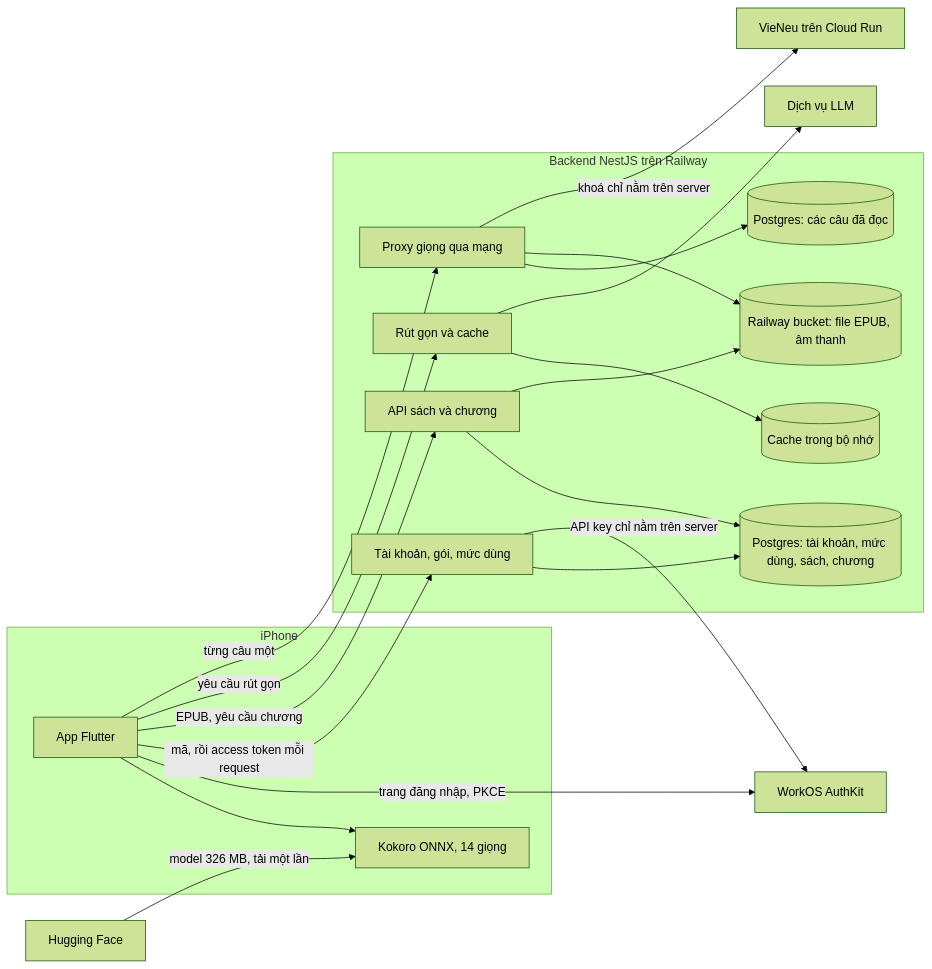
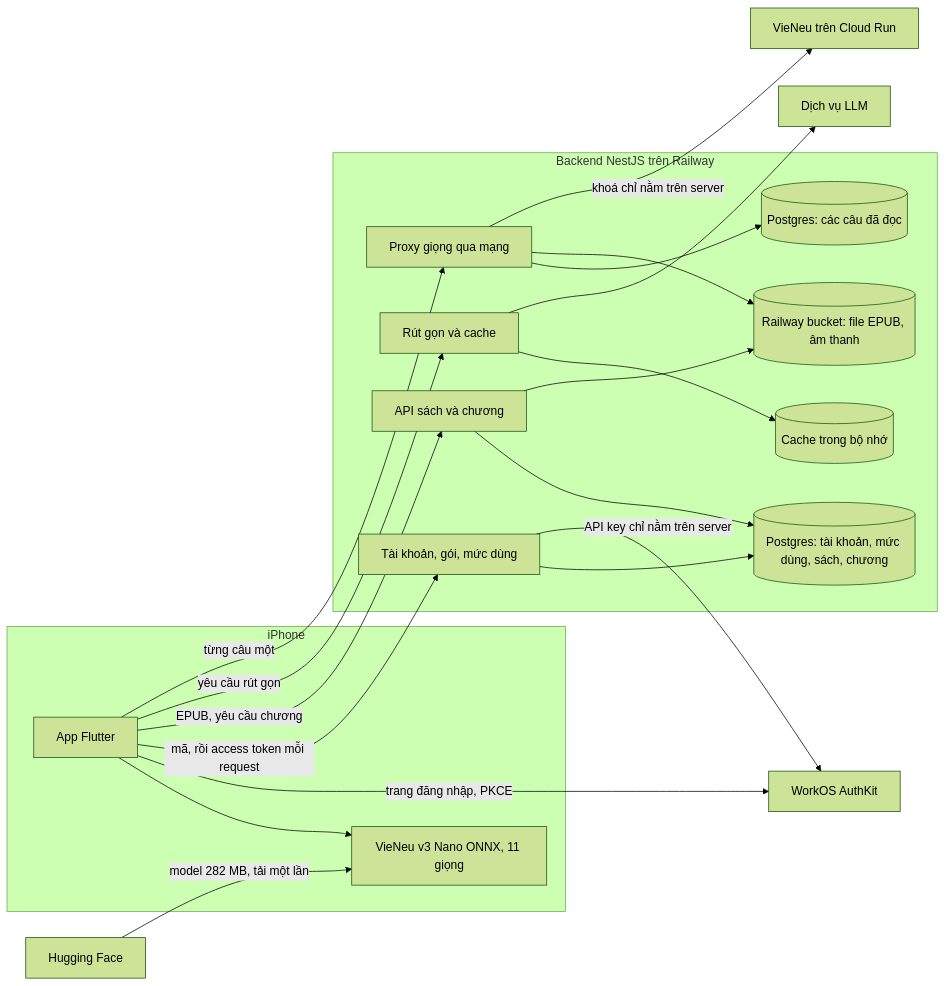
Before and after one commit to tinwritescode/ereader-ai: the second of 2 diagrams in README.vi.md, drawn with Mermaid (forest theme). The commit also changed other lines of this file and 42 other files, not shown here.

First line of the commit message:
Read offline with VieNeu v3 Nano in place of Kokoro

````diff
--- a/README.vi.md
+++ b/README.vi.md
@@ -71,40 +71,40 @@
 ```mermaid
 flowchart LR
     subgraph phone["iPhone"]
         ui["App Flutter"]
-        tts["Kokoro ONNX, 14 giọng"]
+        tts["VieNeu v3 Nano ONNX, 11 giọng"]
         ui --> tts
     end
 
     subgraph server["Backend NestJS trên Railway"]
         api["API sách và chương"]
         digest["Rút gọn và cache"]
         speech["Proxy giọng qua mạng"]
         accounts["Tài khoản, gói, mức dùng"]
         memory[("Cache trong bộ nhớ")]
         db[("Postgres: tài khoản, mức dùng, sách, chương")]
         digest --> memory
         api --> db
         accounts --> db
         clips[("Postgres: các câu đã đọc")]
         bucket[("Railway bucket: file EPUB, âm thanh")]
         api --> bucket
         speech --> clips
         speech --> bucket
     end
 
     llm["Dịch vụ LLM"]
     hf["Hugging Face"]
     gcloud["VieNeu trên Cloud Run"]
     workos["WorkOS AuthKit"]
 
     ui -- "trang đăng nhập, PKCE" --> workos
     ui -- "mã, rồi access token mỗi request" --> accounts
     accounts -- "API key chỉ nằm trên server" --> workos
     ui -- "EPUB, yêu cầu chương" --> api
     ui -- "yêu cầu rút gọn" --> digest
     digest --> llm
-    hf -- "model 326 MB, tải một lần" --> tts
+    hf -- "model 282 MB, tải một lần" --> tts
     ui -- "từng câu một" --> speech
     speech -- "khoá chỉ nằm trên server" --> gcloud
 ```
````
